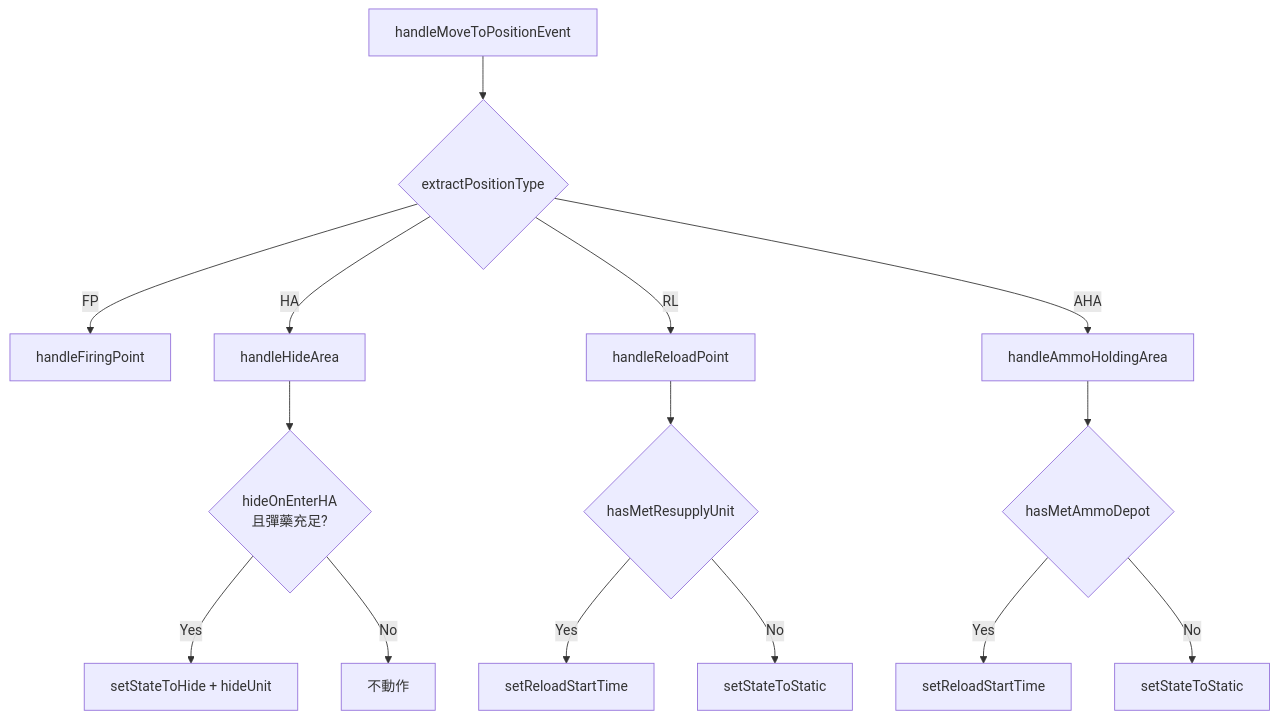
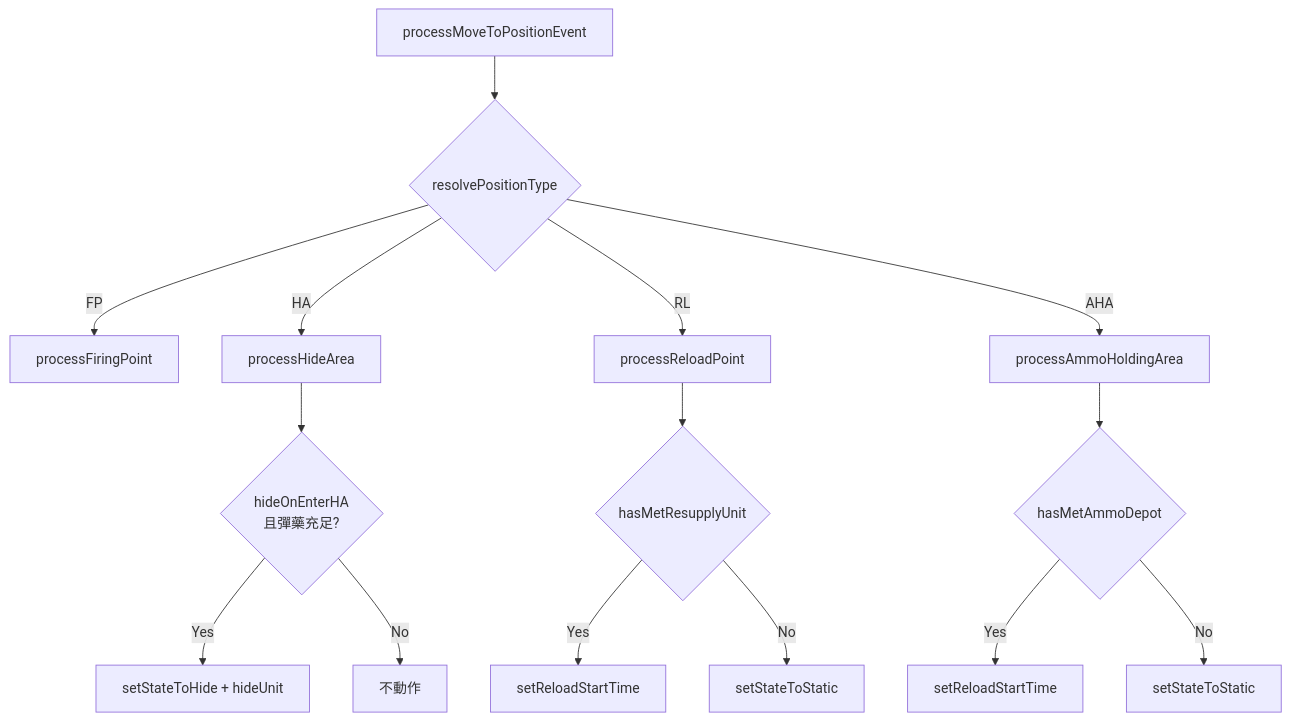
Before and after one commit to pullupjumper/formosa-in-flames: the diagram in docs/missileSystem/init.md, drawn with Mermaid. The commit also changed other lines of this file and 93 other files, not shown here.

````diff
--- a/docs/missileSystem/init.md
+++ b/docs/missileSystem/init.md
@@ -29,20 +29,20 @@
 ```mermaid
 flowchart TD
-    A[handleMoveToPositionEvent] --> B{extractPositionType}
-    B -->|FP| C[handleFiringPoint]
-    B -->|HA| D[handleHideArea]
-    B -->|RL| E[handleReloadPoint]
-    B -->|AHA| F[handleAmmoHoldingArea]
+    A[processMoveToPositionEvent] --> B{resolvePositionType}
+    B -->|FP| C[processFiringPoint]
+    B -->|HA| D[processHideArea]
+    B -->|RL| E[processReloadPoint]
+    B -->|AHA| F[processAmmoHoldingArea]
 
     D --> M{hideOnEnterHA<br/>且彈藥充足?}
     M -->|Yes| N[setStateToHide + hideUnit]
     M -->|No| O[不動作]
 
     E --> G{hasMetResupplyUnit}
     G -->|Yes| H[setReloadStartTime]
     G -->|No| I[setStateToStatic]
 
     F --> J{hasMetAmmoDepot}
     J -->|Yes| K[setReloadStartTime]
     J -->|No| L[setStateToStatic]
 ```
````
